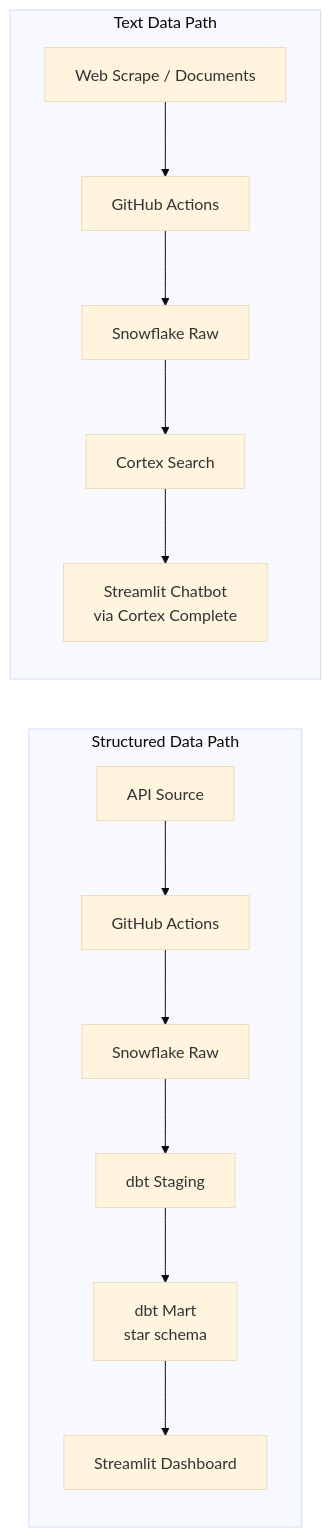
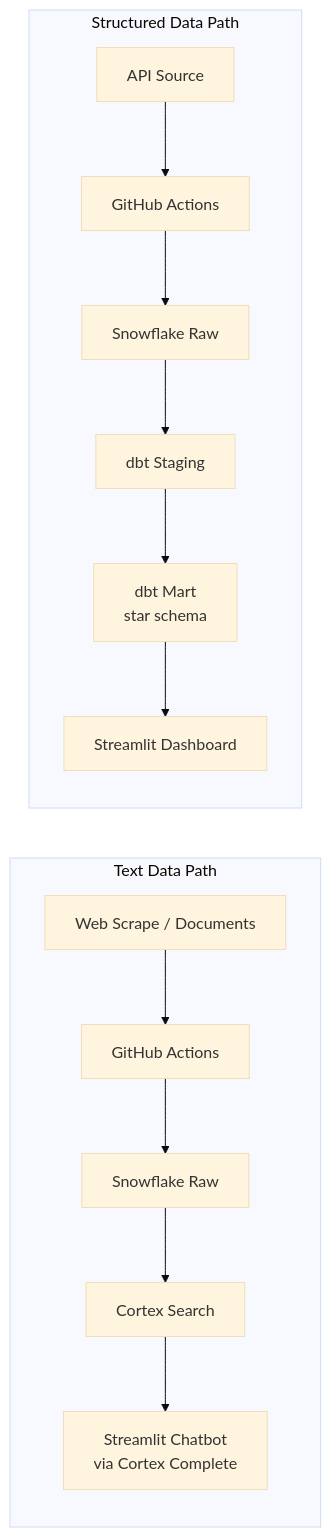
Before and after one commit to LMU-ISBA/isba-4715-f26: the diagram in project/README.md, drawn with Mermaid (base theme). The commit also changed other lines of this file, not shown here.

Commit message:
Fix Mermaid diagram: structured data path on top

````diff
--- a/project/README.md
+++ b/project/README.md
@@ -20,10 +20,10 @@
 ```mermaid
 graph LR
+    subgraph Text Data Path
+        G[Web Scrape / Documents] --> H[GitHub Actions] --> I[Snowflake Raw] --> J[Cortex Search] --> K[Streamlit Chatbot\nvia Cortex Complete]
+    end
+
     subgraph Structured Data Path
         A[API Source] --> B[GitHub Actions] --> C[Snowflake Raw] --> D[dbt Staging] --> E[dbt Mart\nstar schema] --> F[Streamlit Dashboard]
     end
-
-    subgraph Text Data Path
-        G[Web Scrape / Documents] --> H[GitHub Actions] --> I[Snowflake Raw] --> J[Cortex Search] --> K[Streamlit Chatbot\nvia Cortex Complete]
-    end
 ```
````
